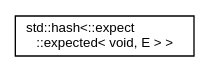
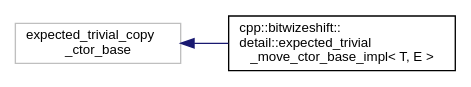
The diagram in api/latest/inherit_graph_9.dot (bitwizeshift/result), drawn with Graphviz before and after one commit. The commit also changed 319 other files, not shown here.

```diff
--- a/api/latest/inherit_graph_9.dot
+++ b/api/latest/inherit_graph_9.dot
@@ -1,7 +1,9 @@
 digraph "Graphical Class Hierarchy"
 {
   edge [fontname="Helvetica",fontsize="10",labelfontname="Helvetica",labelfontsize="10"];
   node [fontname="Helvetica",fontsize="10",shape=record];
   rankdir="LR";
-  Node0 [label="std::hash\<::expect\l::expected\< void, E \> \>",height=0.2,width=0.4,color="black", fillcolor="white", style="filled",URL="$da/d14/structstd_1_1hash_3_1_1expect_1_1expected_3_01void_00_01_e_01_4_01_4.html"];
+  Node28 [label="expected_trivial_copy\l_ctor_base",height=0.2,width=0.4,color="grey75", fillcolor="white", style="filled"];
+  Node28 -> Node0 [dir="back",color="midnightblue",fontsize="10",style="solid",fontname="Helvetica"];
+  Node0 [label="cpp::bitwizeshift::\ldetail::expected_trivial\l_move_ctor_base_impl\< T, E \>",height=0.2,width=0.4,color="black", fillcolor="white", style="filled",URL="$d9/d9c/structcpp_1_1bitwizeshift_1_1detail_1_1expected__trivial__move__ctor__base__impl.html"];
 }
```
